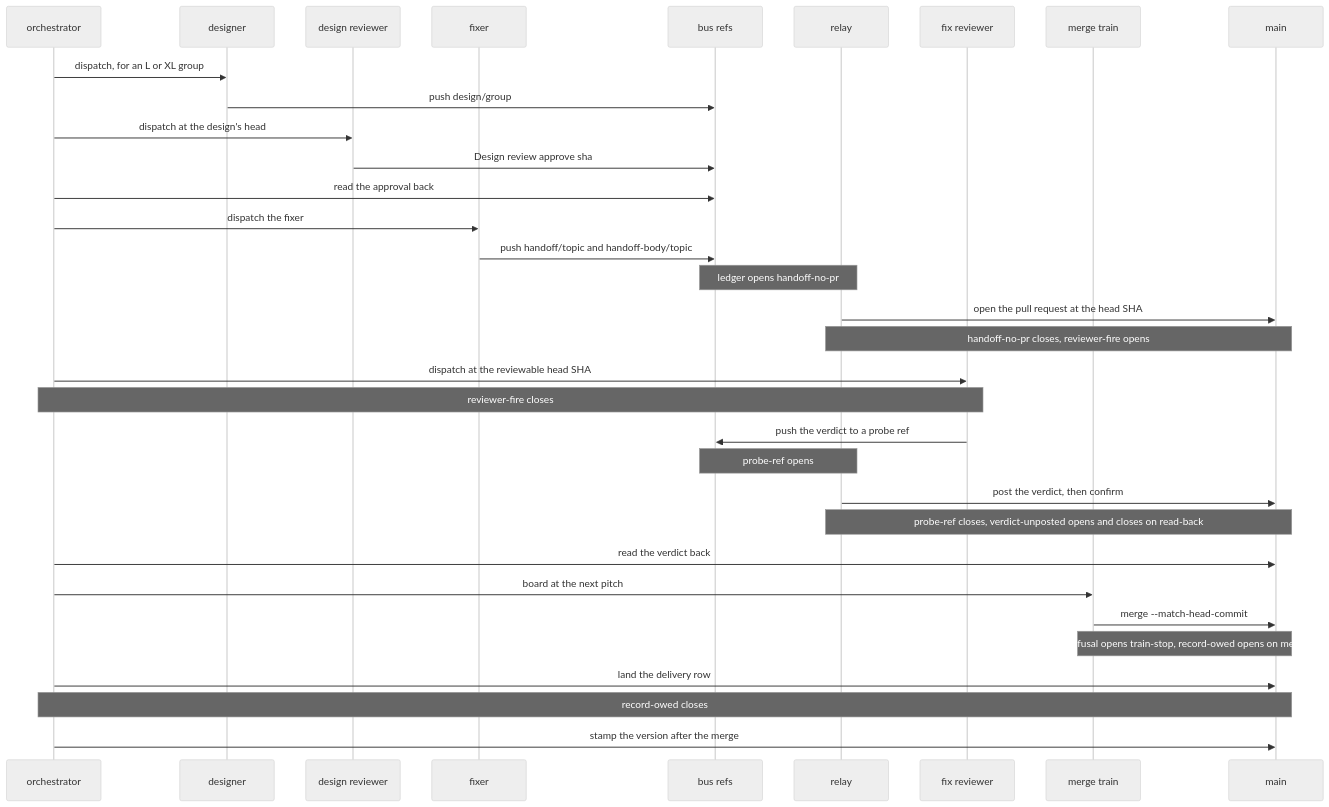
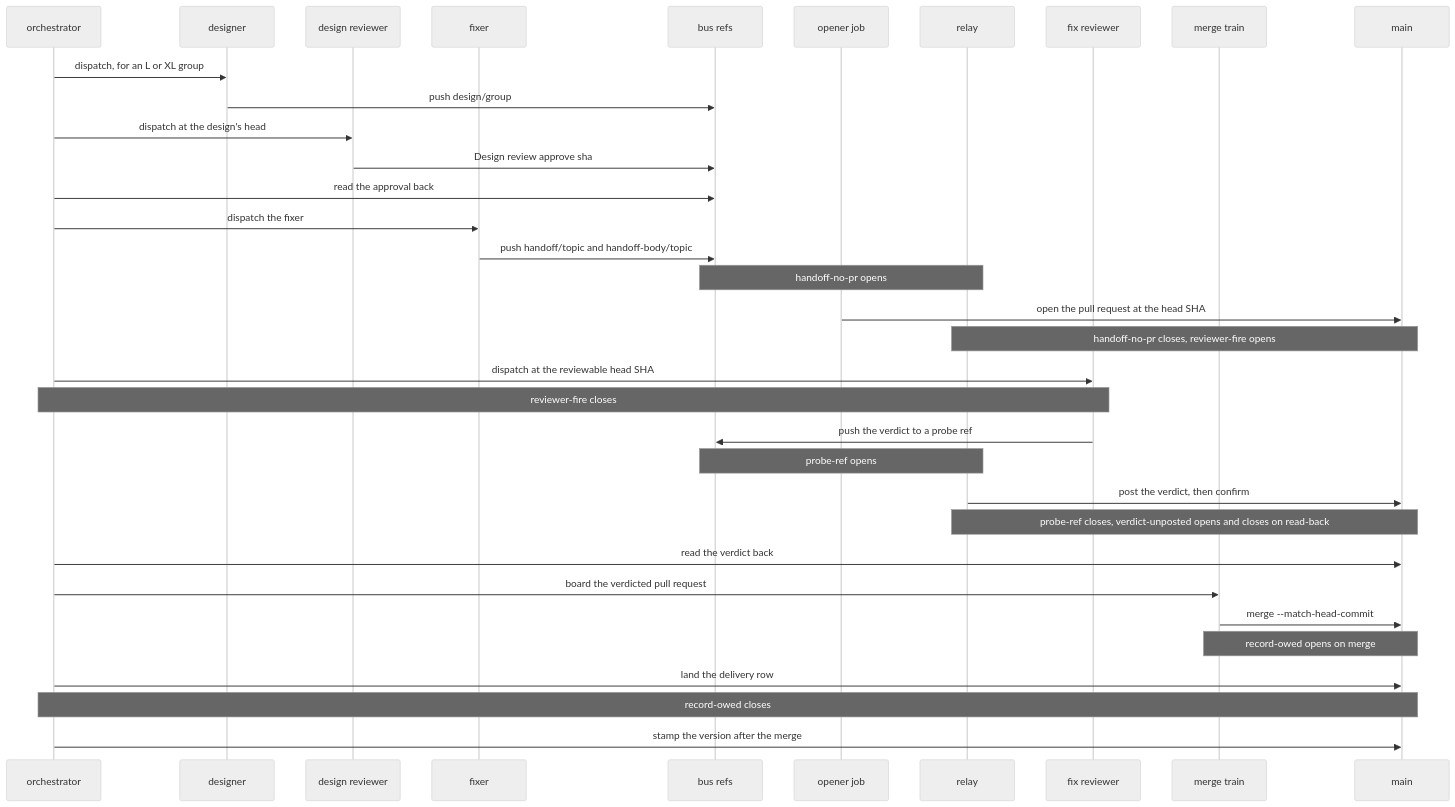
Before and after one commit to tvofi/heatpump_optimizer: the fourth of 4 diagrams in dev/README.md, drawn with Mermaid (neutral theme). The commit also changed other lines of this file and 2 other files, not shown here.

First line of the commit message:
docs: resolve the round-10 target markers and redraw the machinery figure (R10-ARCH-DOCS, #2395)

````diff
--- a/dev/README.md
+++ b/dev/README.md
@@ -313,35 +418,36 @@
 ```mermaid
 sequenceDiagram
     participant O as orchestrator
     participant D as designer
     participant DR as design reviewer
     participant F as fixer
     participant B as bus refs
+    participant OP as opener job
     participant RL as relay
     participant RV as fix reviewer
     participant T as merge train
     participant M as main
     O->>D: dispatch, for an L or XL group
     D->>B: push design/group
     O->>DR: dispatch at the design's head
     DR->>B: Design review approve sha
     O->>B: read the approval back
     O->>F: dispatch the fixer
     F->>B: push handoff/topic and handoff-body/topic
-    Note over B,RL: ledger opens handoff-no-pr
-    RL->>M: open the pull request at the head SHA
+    Note over B,RL: handoff-no-pr opens
+    OP->>M: open the pull request at the head SHA
     Note over RL,M: handoff-no-pr closes, reviewer-fire opens
     O->>RV: dispatch at the reviewable head SHA
     Note over O,RV: reviewer-fire closes
     RV->>B: push the verdict to a probe ref
     Note over B,RL: probe-ref opens
     RL->>M: post the verdict, then confirm
     Note over RL,M: probe-ref closes, verdict-unposted opens and closes on read-back
     O->>M: read the verdict back
-    O->>T: board at the next pitch
+    O->>T: board the verdicted pull request
     T->>M: merge --match-head-commit
-    Note over T,M: a refusal opens train-stop, record-owed opens on merge
+    Note over T,M: record-owed opens on merge
     O->>M: land the delivery row
     Note over O,M: record-owed closes
     O->>M: stamp the version after the merge
 ```
````
